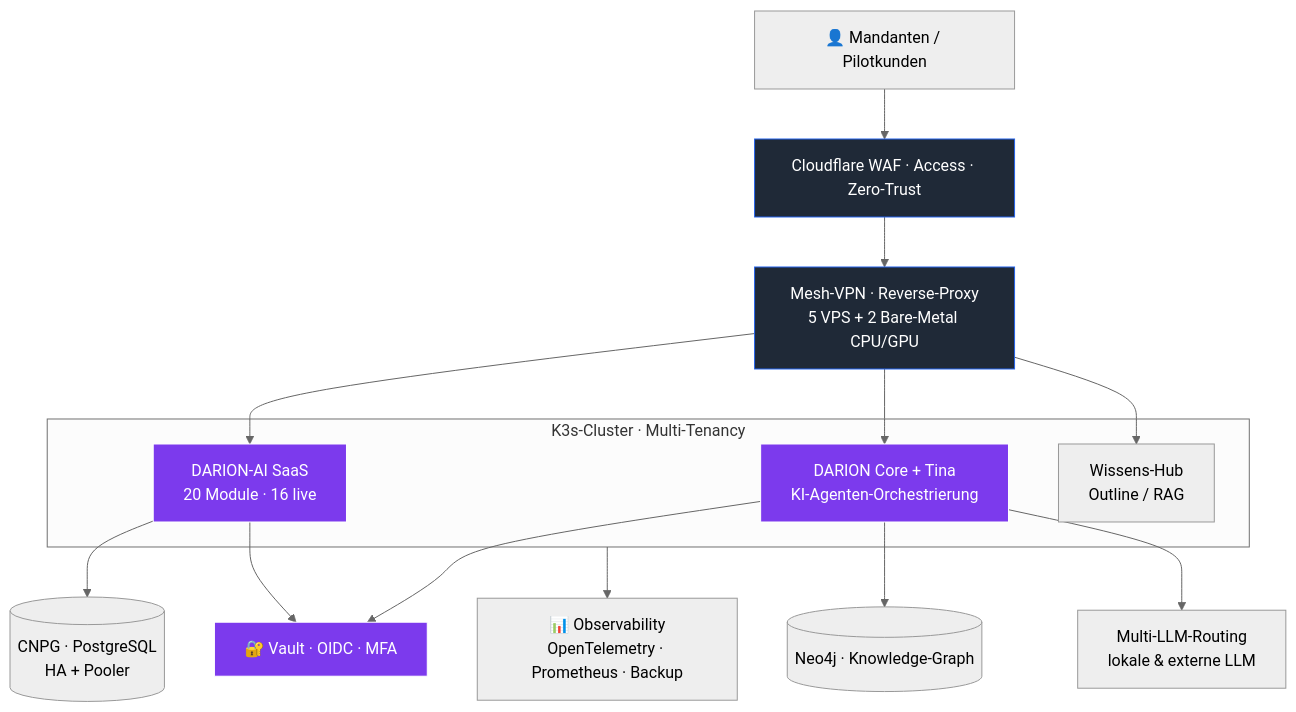
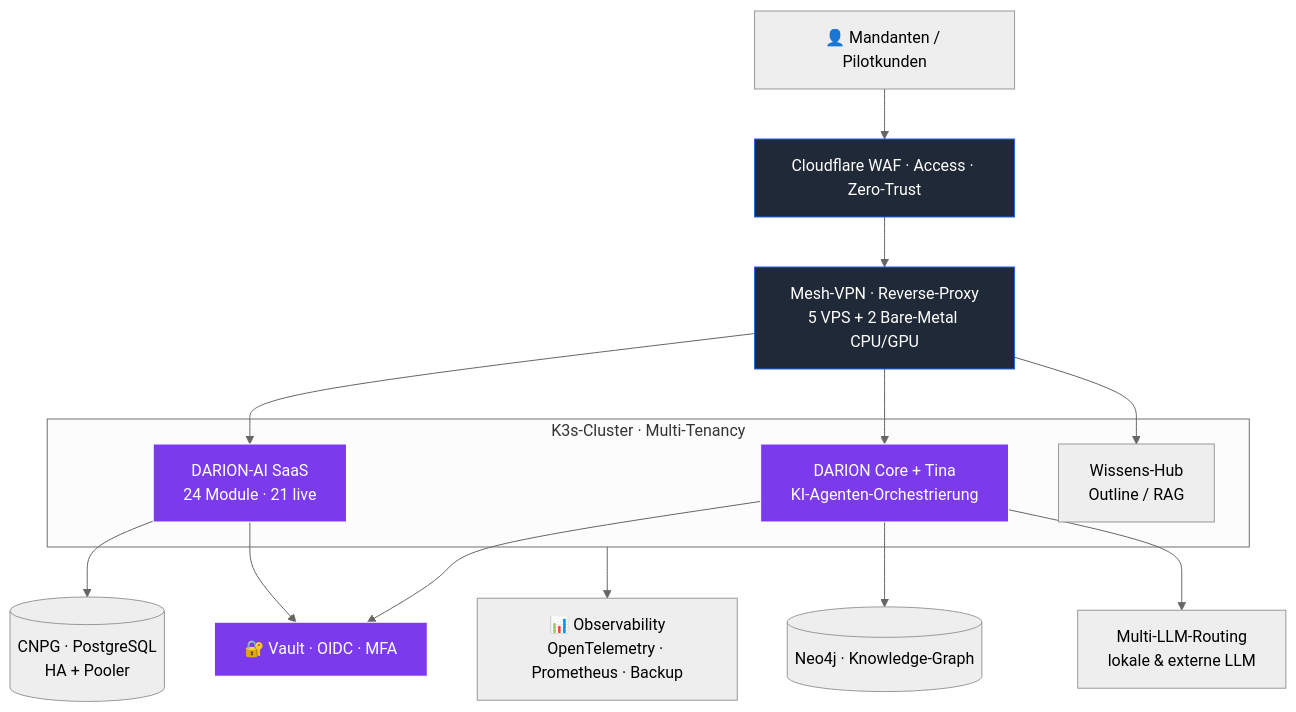
Before and after one commit to frank-wichert/frank-wichert: the diagram in README.md, drawn with Mermaid (neutral theme). The commit also changed other lines of this file and 3 other files, not shown here.

Commit message:
profil: vier neue Eigenentwicklungen (Control4you, Clentaro, Aquakultur-KI, Betriebs-Waechter), DARION-AI 24/21/3 und GA 03.09.2026, Module 19/21/22/23 auf Live

````diff
--- a/README.md
+++ b/README.md
@@ -48,27 +48,27 @@
 ```mermaid
 flowchart TD
     U["👤 Mandanten / Pilotkunden"] --> CF["Cloudflare WAF · Access · Zero-Trust"]
     CF --> MESH["Mesh-VPN · Reverse-Proxy<br/>5 VPS + 2 Bare-Metal CPU/GPU"]
 
     subgraph CLUSTER["K3s-Cluster · Multi-Tenancy"]
-        SAAS["DARION-AI SaaS<br/>20 Module · 16 live"]
+        SAAS["DARION-AI SaaS<br/>24 Module · 21 live"]
         CORE["DARION Core + Tina<br/>KI-Agenten-Orchestrierung"]
         WIKI["Wissens-Hub<br/>Outline / RAG"]
     end
 
     MESH --> SAAS
     MESH --> CORE
     MESH --> WIKI
 
     SAAS --> DATA[("CNPG · PostgreSQL<br/>HA + Pooler")]
     CORE --> KG[("Neo4j · Knowledge-Graph")]
     CORE --> LLM["Multi-LLM-Routing<br/>lokale & externe LLM"]
     SAAS --> SEC["🔐 Vault · OIDC · MFA"]
     CORE --> SEC
     CLUSTER --> OBS["📊 Observability<br/>OpenTelemetry · Prometheus · Backup"]
 
     classDef edge fill:#1F2937,stroke:#2563EB,color:#fff;
     classDef sec fill:#7C3AED,stroke:#fff,color:#fff;
     class CF,MESH edge;
     class SEC,SAAS,CORE sec;
 ```
````
